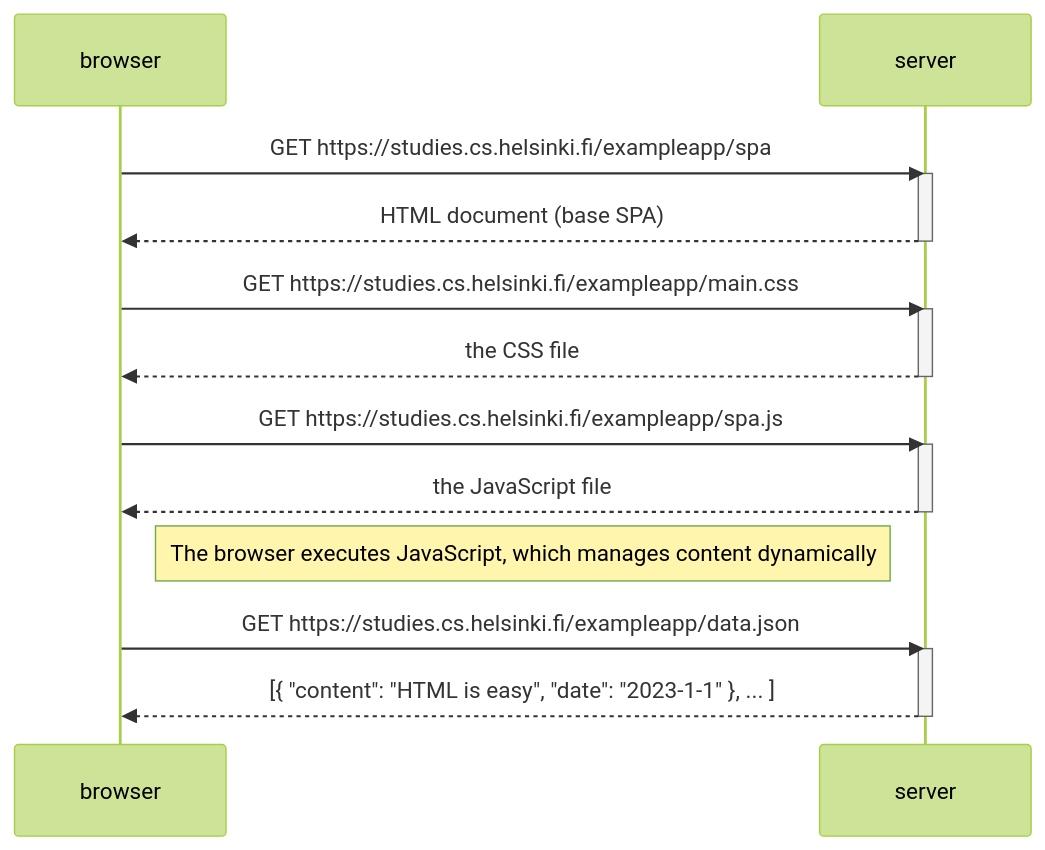
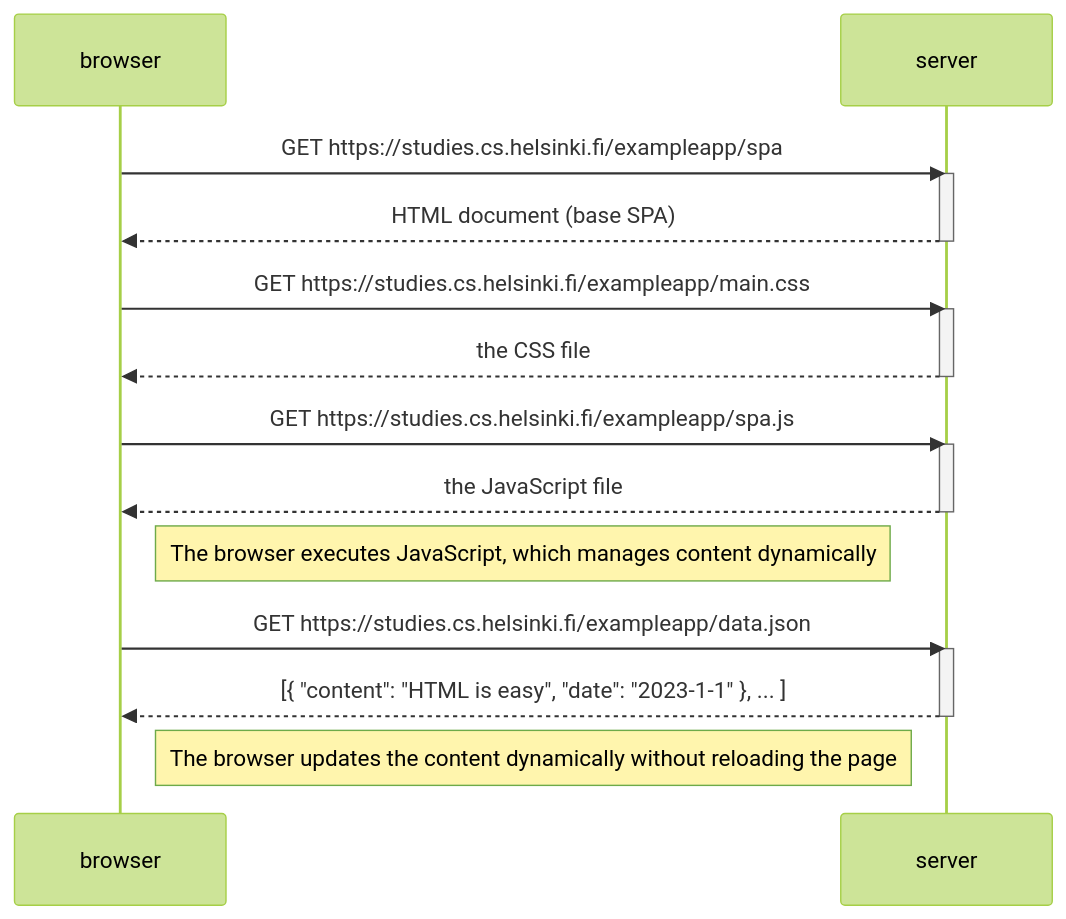
The diagram in 0.5.mermaid (Valunaga1012/-part0), drawn with Mermaid (forest theme) before and after one commit.

Commit message:
diagrama 2

```diff
--- a/0.5.mermaid
+++ b/0.5.mermaid
@@ -1,25 +1,27 @@
 sequenceDiagram
     participant browser
     participant server
 
     browser->>server: GET https://studies.cs.helsinki.fi/exampleapp/spa
     activate server
     server-->>browser: HTML document (base SPA)
     deactivate server
 
     browser->>server: GET https://studies.cs.helsinki.fi/exampleapp/main.css
     activate server
     server-->>browser: the CSS file
     deactivate server
 
     browser->>server: GET https://studies.cs.helsinki.fi/exampleapp/spa.js
     activate server
     server-->>browser: the JavaScript file
     deactivate server
 
     Note right of browser: The browser executes JavaScript, which manages content dynamically
 
     browser->>server: GET https://studies.cs.helsinki.fi/exampleapp/data.json
     activate server
     server-->>browser: [{ "content": "HTML is easy", "date": "2023-1-1" }, ... ]
     deactivate server
+
+    Note right of browser: The browser updates the content dynamically without reloading the page
```
